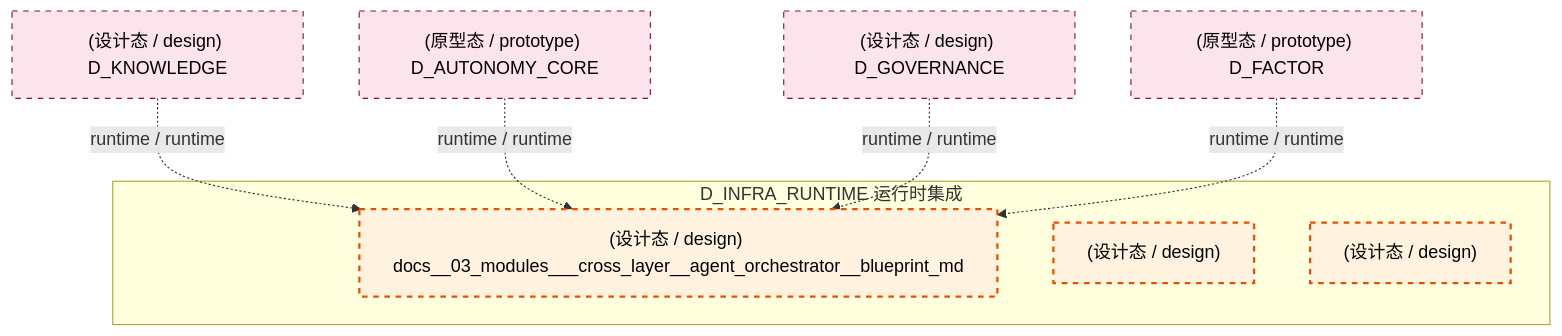
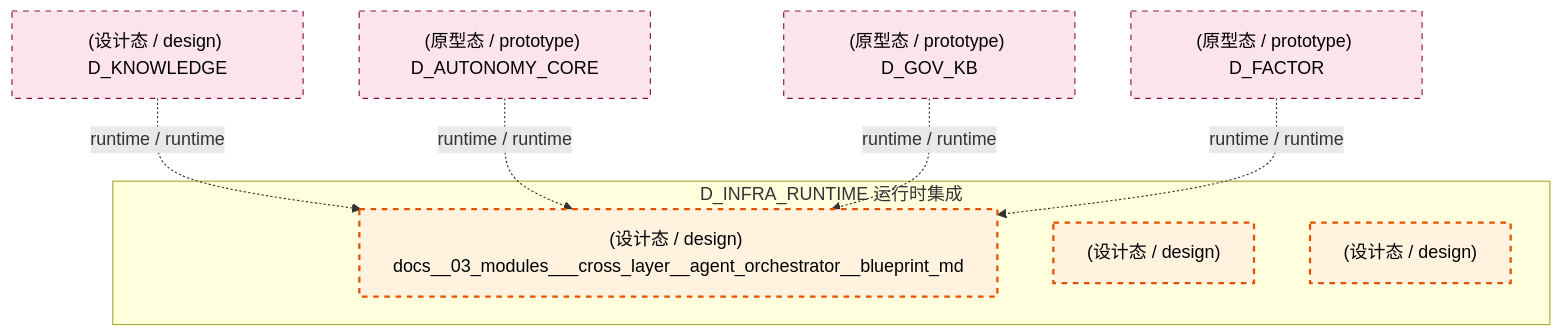
One commit to xuanFelixVan/ZephyrAlpha changed the tenth of 12 diagrams in docs/02_enterprise_architecture/02_domain_architecture_docs/04_d_infra_runtime.md. Above: the diagram before and after it, drawn with Mermaid. The commit also changed other lines of this file and 60 other files, not shown here.

````diff
--- a/docs/02_enterprise_architecture/02_domain_architecture_docs/04_d_infra_runtime.md
+++ b/docs/02_enterprise_architecture/02_domain_architecture_docs/04_d_infra_runtime.md
@@ -886,22 +1389,22 @@
 ```mermaid
 graph TD
     subgraph D_INFRA_RUNTIME["D_INFRA_RUNTIME 运行时集成"]
         docs_03_modules_cross_layer_agent_orchestrator_blueprint_md["(设计态 / design) docs__03_modules___cross_layer__agent_orchestrator__blueprint_md"]
         docs_03_modules_cross_layer_shared_core_contracts_blueprint_md["(设计态 / design) "]
         docs_03_modules_cross_layer_shared_core_shared_infra_blueprint_md["(设计态 / design) "]
     end
     D_KNOWLEDGE["(设计态 / design) D_KNOWLEDGE"]
     D_KNOWLEDGE -.->|runtime / runtime| docs_03_modules_cross_layer_agent_orchestrator_blueprint_md
     D_AUTONOMY_CORE["(原型态 / prototype) D_AUTONOMY_CORE"]
     D_AUTONOMY_CORE -.->|runtime / runtime| docs_03_modules_cross_layer_agent_orchestrator_blueprint_md
-    D_GOVERNANCE["(设计态 / design) D_GOVERNANCE"]
-    D_GOVERNANCE -.->|runtime / runtime| docs_03_modules_cross_layer_agent_orchestrator_blueprint_md
+    D_GOV_KB["(原型态 / prototype) D_GOV_KB"]
+    D_GOV_KB -.->|runtime / runtime| docs_03_modules_cross_layer_agent_orchestrator_blueprint_md
     D_FACTOR["(原型态 / prototype) D_FACTOR"]
     D_FACTOR -.->|runtime / runtime| docs_03_modules_cross_layer_agent_orchestrator_blueprint_md
     classDef production fill:#e1f5fe,stroke:#01579b,stroke-width:2px,color:#000
     classDef design fill:#fff3e0,stroke:#e65100,stroke-width:2px,color:#000,stroke-dasharray: 5 5
     classDef external_prod fill:#e8f5e9,stroke:#1b5e20,stroke-width:1px,color:#000
     classDef external_design fill:#fce4ec,stroke:#880e4f,stroke-width:1px,color:#000,stroke-dasharray: 5 5
     class docs_03_modules_cross_layer_agent_orchestrator_blueprint_md,docs_03_modules_cross_layer_shared_core_contracts_blueprint_md,docs_03_modules_cross_layer_shared_core_shared_infra_blueprint_md design
-    class D_KNOWLEDGE,D_AUTONOMY_CORE,D_GOVERNANCE,D_FACTOR external_design
+    class D_KNOWLEDGE,D_AUTONOMY_CORE,D_GOV_KB,D_FACTOR external_design
 ```
````
